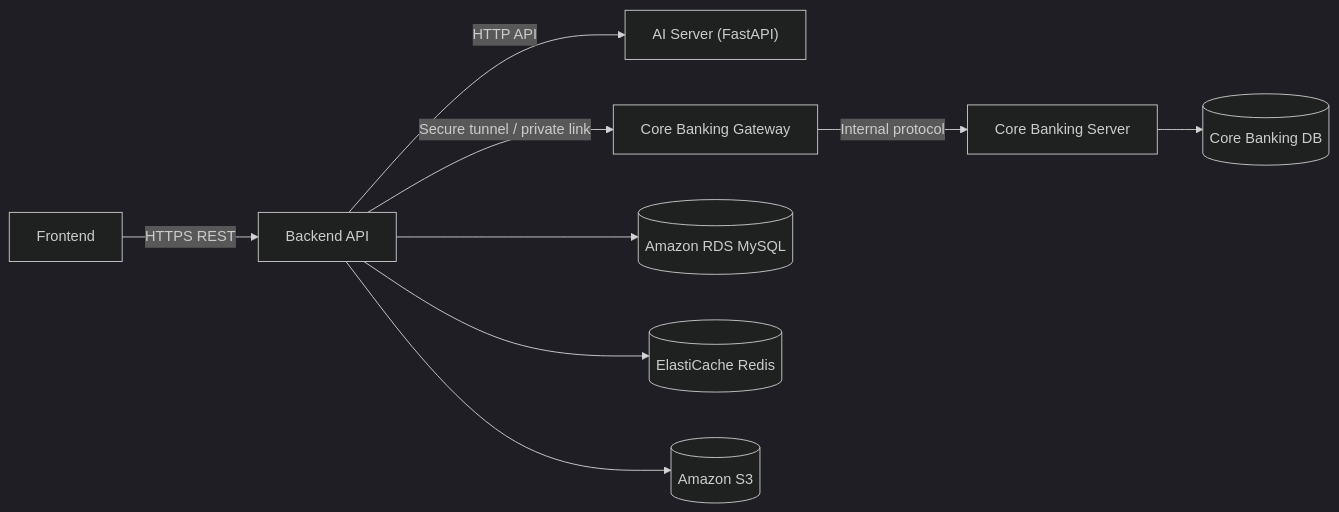
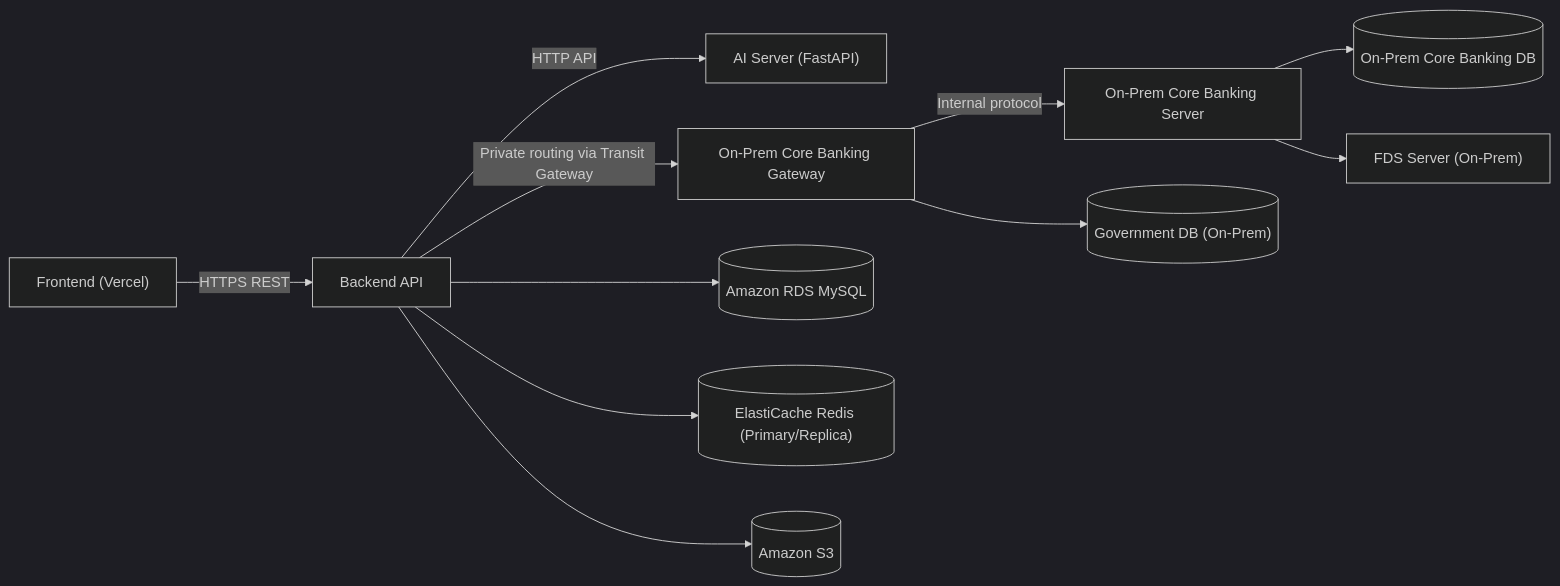
Before and after one commit to jaepar/NOVA: the second of 4 diagrams in AGENTS.md, drawn with Mermaid (dark theme). The commit also changed other lines of this file, not shown here.

````diff
--- a/AGENTS.md
+++ b/AGENTS.md
@@ -19,12 +19,14 @@
 ```mermaid
 flowchart LR
-    FE["Frontend"] -->|"HTTPS REST"| BE["Backend API"]
+    FE["Frontend (Vercel)"] -->|"HTTPS REST"| BE["Backend API"]
     BE -->|"HTTP API"| AI["AI Server (FastAPI)"]
-    BE -->|"Secure tunnel / private link"| CBG["Core Banking Gateway"]
-    CBG -->|"Internal protocol"| CBS["Core Banking Server"]
-    CBS --> CBD[("Core Banking DB")]
+    BE -->|"Private routing via Transit Gateway"| CBG["On-Prem Core Banking Gateway"]
+    CBG -->|"Internal protocol"| CBS["On-Prem Core Banking Server"]
+    CBS --> CBD[("On-Prem Core Banking DB")]
 
     BE --> RDS[("Amazon RDS MySQL")]
-    BE --> Redis[("ElastiCache Redis")]
+    BE --> Redis[("ElastiCache Redis (Primary/Replica)")]
     BE --> S3[("Amazon S3")]
+    CBG --> Gov[("Government DB (On-Prem)")]
+    CBS --> FDS["FDS Server (On-Prem)"]
 ```
````
